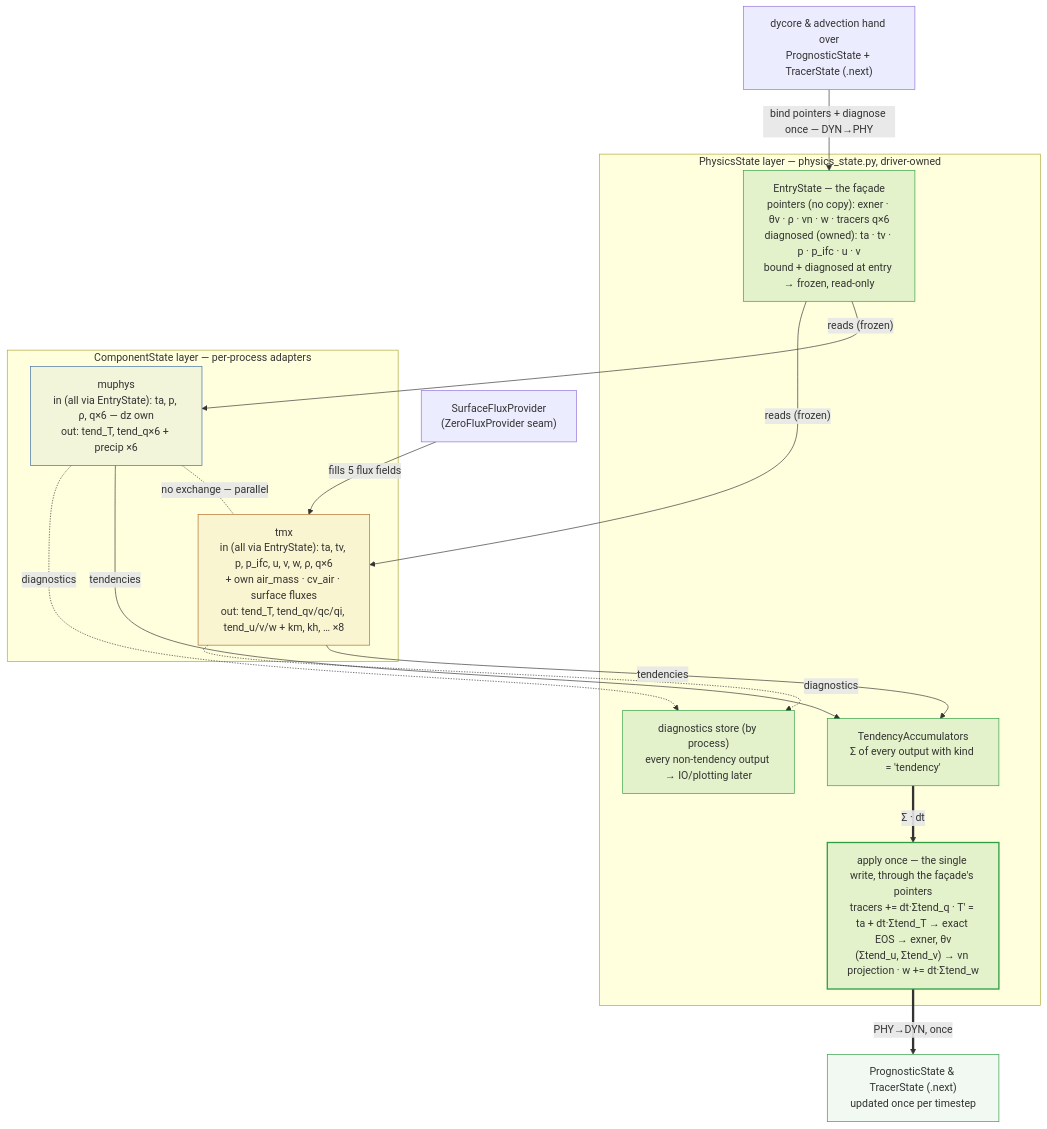
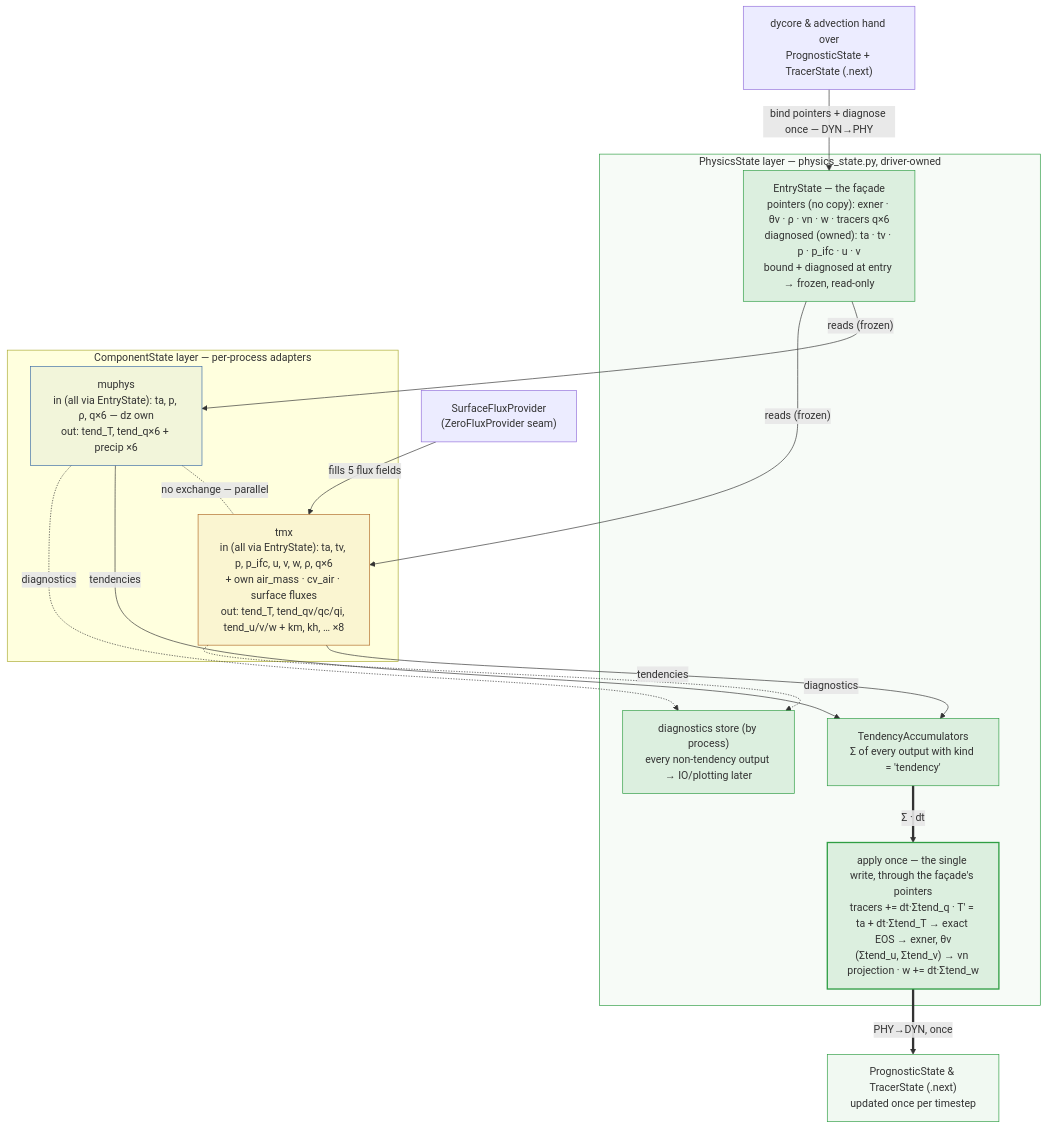
Before and after one commit to C2SM/icon4py-knowledge: the third of 3 diagrams in content/personal/Yilu/physics-interface-current-design.md, drawn with Mermaid.

Commit message:
Trim discussion points to open items; green PhysicsState layer in design graph

````diff
--- a/content/personal/Yilu/physics-interface-current-design.md
+++ b/content/personal/Yilu/physics-interface-current-design.md
@@ -109,36 +109,37 @@
 ```mermaid
 flowchart TD
     H["dycore & advection hand over<br/>PrognosticState + TracerState (.next)"]
     subgraph L["PhysicsState layer — physics_state.py, driver-owned"]
       E["EntryState — the façade<br/>pointers (no copy): exner · θv · ρ · vn · w · tracers q×6<br/>diagnosed (owned): ta · tv · p · p_ifc · u · v<br/>bound + diagnosed at entry → frozen, read-only"]
       ACC["TendencyAccumulators<br/>Σ of every output with kind = 'tendency'"]
       DIA["diagnostics store (by process)<br/>every non-tendency output → IO/plotting later"]
       APP["apply once — the single write, through the façade's pointers<br/>tracers += dt·Σtend_q · T′ = ta + dt·Σtend_T → exact EOS → exner, θv<br/>(Σtend_u, Σtend_v) → vn projection · w += dt·Σtend_w"]
     end
     subgraph C["ComponentState layer — per-process adapters"]
       MU["muphys<br/>in (all via EntryState): ta, p, ρ, q×6 — dz own<br/>out: tend_T, tend_q×6 + precip ×6"]
       TX["tmx<br/>in (all via EntryState): ta, tv, p, p_ifc, u, v, w, ρ, q×6<br/>+ own air_mass · cv_air · surface fluxes<br/>out: tend_T, tend_qv/qc/qi, tend_u/v/w + km, kh, … ×8"]
     end
     SF["SurfaceFluxProvider<br/>(ZeroFluxProvider seam)"]
     OUT["PrognosticState & TracerState (.next)<br/>updated once per timestep"]
 
     H -->|"bind pointers + diagnose once — DYN→PHY"| E
     E -->|"reads (frozen)"| MU
     E -->|"reads (frozen)"| TX
     SF -->|"fills 5 flux fields"| TX
     MU -. "no exchange — parallel" .- TX
     MU -->|"tendencies"| ACC
     TX -->|"tendencies"| ACC
     MU -.->|"diagnostics"| DIA
     TX -.->|"diagnostics"| DIA
     ACC ==>|"Σ · dt"| APP
     APP ==>|"PHY→DYN, once"| OUT
 
+    style L fill:#2F9E440A,stroke:#2F9E44
     style E fill:#2F9E4422,stroke:#2F9E44
     style ACC fill:#2F9E4422,stroke:#2F9E44
     style DIA fill:#2F9E4422,stroke:#2F9E44
     style APP fill:#2F9E4422,stroke:#2F9E44,stroke-width:2px
     style MU fill:#3D6DA611,stroke:#3D6DA6
     style TX fill:#B06A2811,stroke:#B06A28
     style OUT fill:#2F9E4411,stroke:#2F9E44
 ```
````
